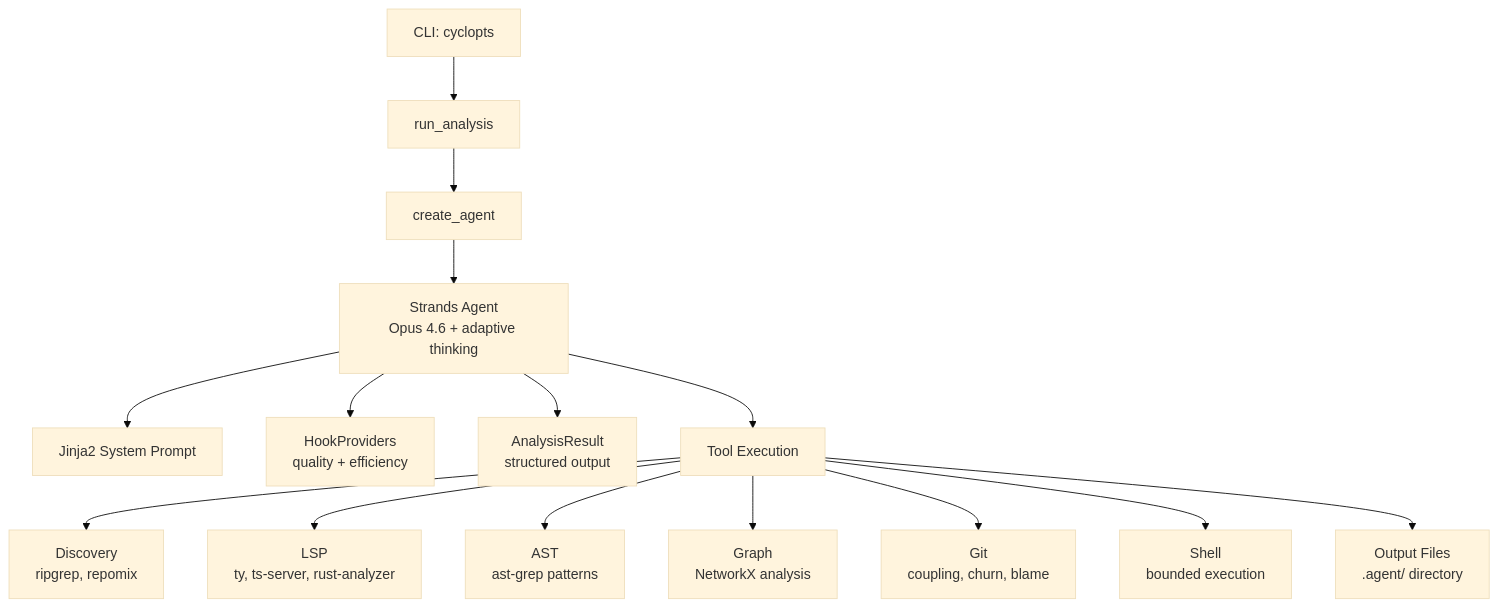
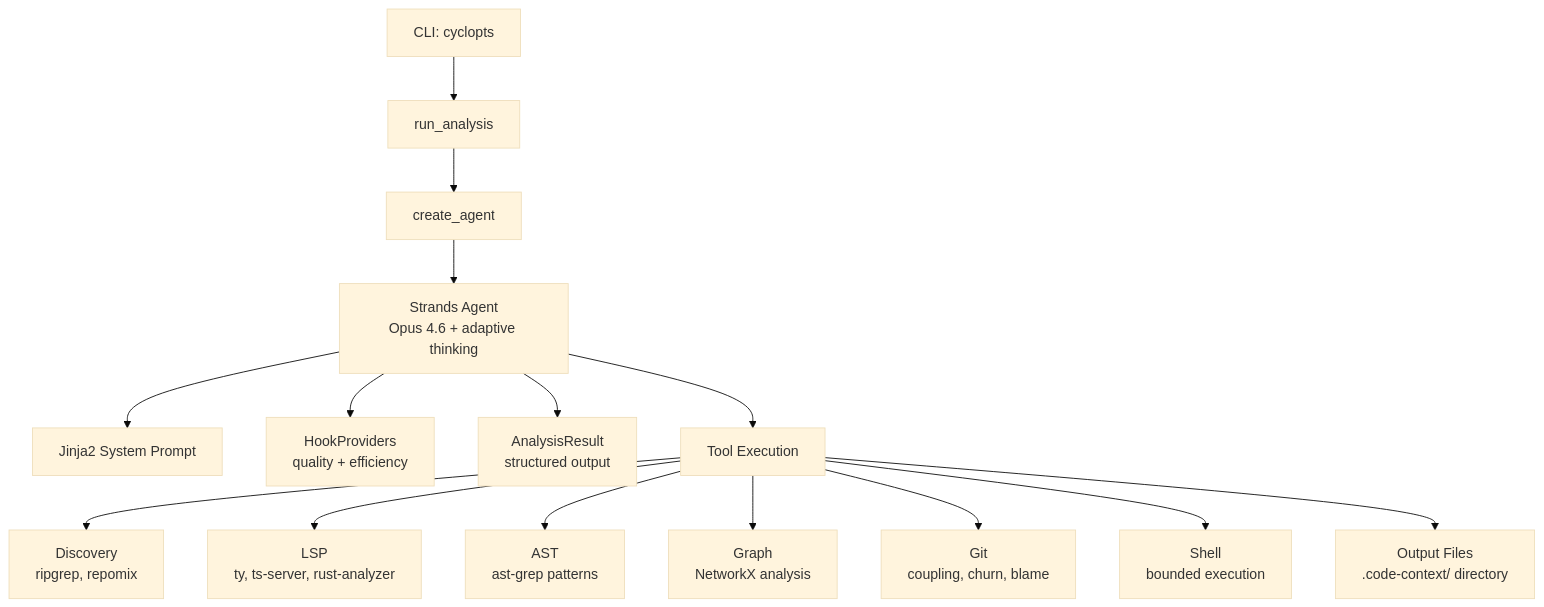
One commit to theagenticguy/code-context-agent changed the diagram in docs/index.md. Above: the diagram before and after it, drawn with Mermaid (base theme). The commit also changed other lines of this file and 11 other files, not shown here.

````diff
--- a/docs/index.md
+++ b/docs/index.md
@@ -25,17 +25,17 @@
 ```mermaid
 flowchart TD
     A[CLI: cyclopts] --> B[run_analysis]
     B --> C[create_agent]
     C --> D[Strands Agent<br/>Opus 4.6 + adaptive thinking]
     D --> E[Jinja2 System Prompt]
     D --> F[HookProviders<br/>quality + efficiency]
     D --> G[AnalysisResult<br/>structured output]
     D --> H[Tool Execution]
     H --> I[Discovery<br/>ripgrep, repomix]
     H --> J[LSP<br/>ty, ts-server, rust-analyzer]
     H --> K[AST<br/>ast-grep patterns]
     H --> L[Graph<br/>NetworkX analysis]
     H --> M[Git<br/>coupling, churn, blame]
     H --> N[Shell<br/>bounded execution]
-    H --> O[Output Files<br/>.agent/ directory]
+    H --> O[Output Files<br/>.code-context/ directory]
 ```
````
